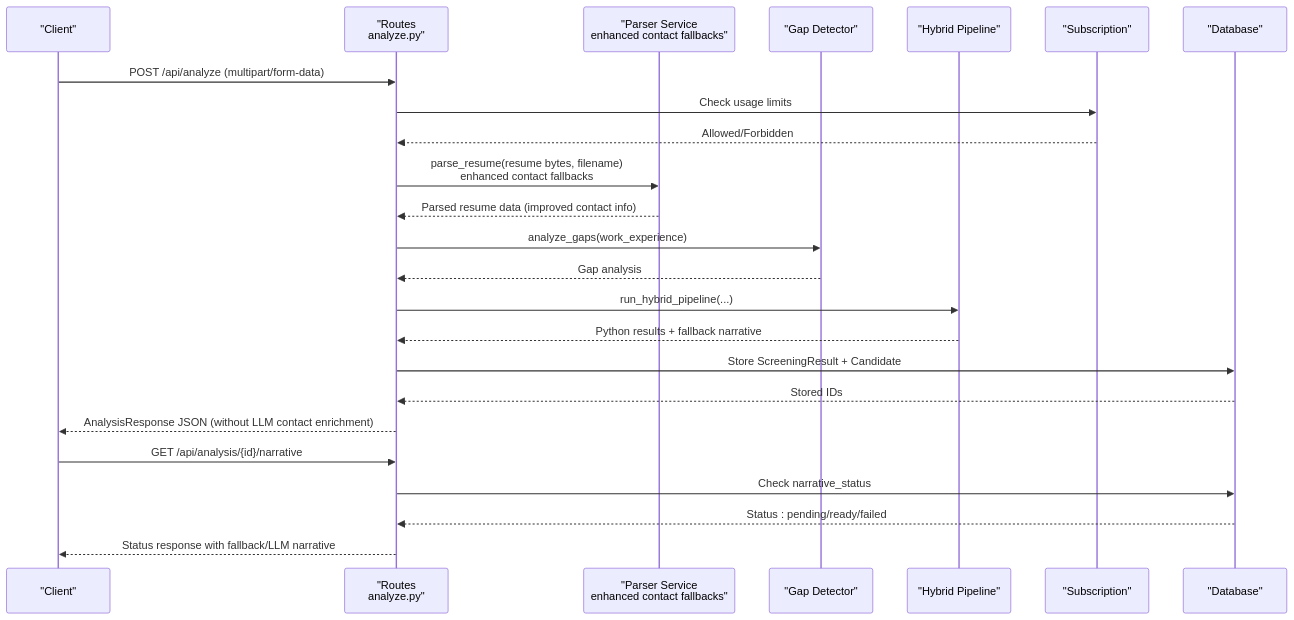
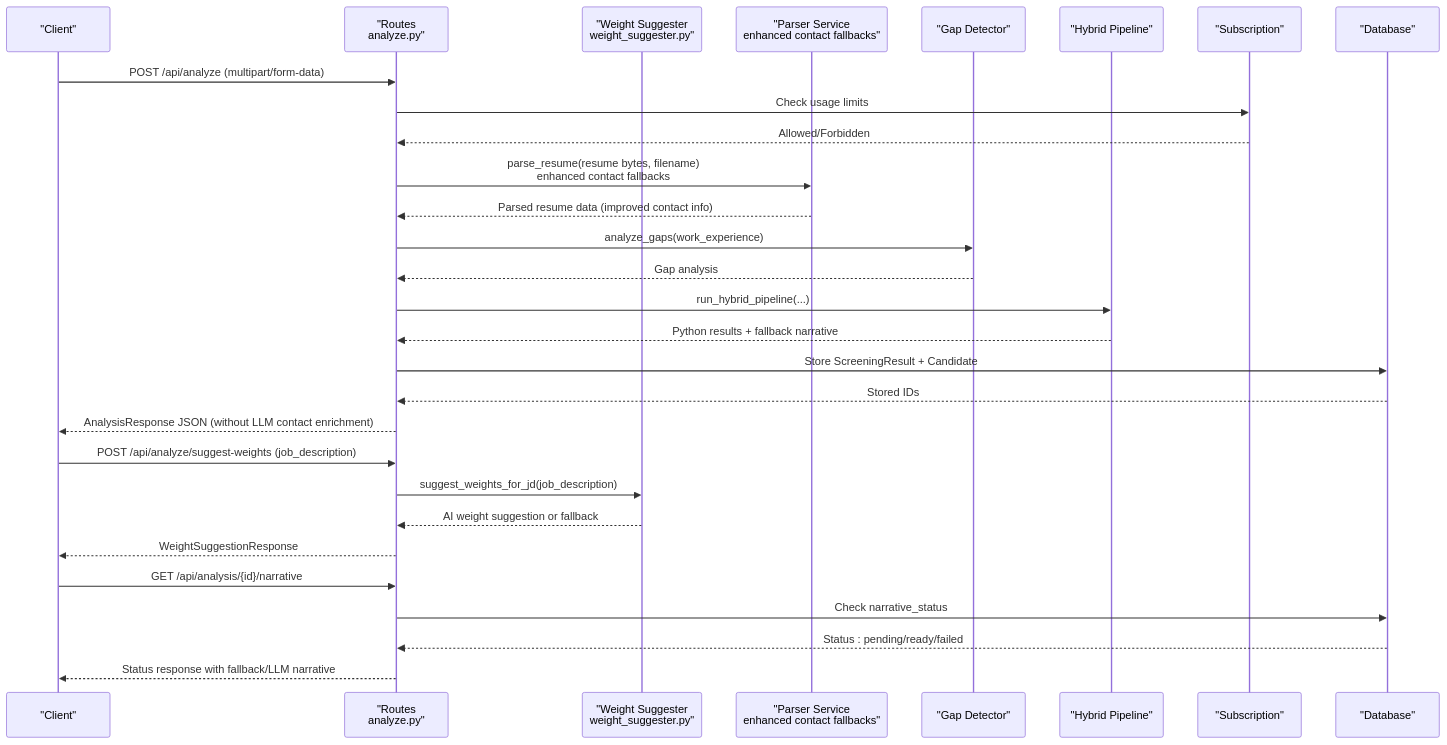
The second of 3 diagrams in .qoder/repowiki/en/content/API Reference/Analysis Endpoints/Analysis Endpoints.md (Revanththetalogics/aireume), drawn with Mermaid before and after one commit. The commit also changed other lines of this file and 2 other files, not shown here.

````diff
--- a/.qoder/repowiki/en/content/API Reference/Analysis Endpoints/Analysis Endpoints.md
+++ b/.qoder/repowiki/en/content/API Reference/Analysis Endpoints/Analysis Endpoints.md
@@ -115,26 +129,31 @@
 ```mermaid
 sequenceDiagram
 participant C as "Client"
 participant R as "Routes<br/>analyze.py"
+participant WS as "Weight Suggester<br/>weight_suggester.py"
 participant P as "Parser Service<br/>enhanced contact fallbacks"
 participant G as "Gap Detector"
 participant H as "Hybrid Pipeline"
 participant S as "Subscription"
 participant D as "Database"
 C->>R : POST /api/analyze (multipart/form-data)
 R->>S : Check usage limits
 S-->>R : Allowed/Forbidden
 R->>P : parse_resume(resume bytes, filename)<br/>enhanced contact fallbacks
 P-->>R : Parsed resume data (improved contact info)
 R->>G : analyze_gaps(work_experience)
 G-->>R : Gap analysis
 R->>H : run_hybrid_pipeline(...)
 H-->>R : Python results + fallback narrative
 R->>D : Store ScreeningResult + Candidate
 D-->>R : Stored IDs
 R-->>C : AnalysisResponse JSON (without LLM contact enrichment)
+C->>R : POST /api/analyze/suggest-weights (job_description)
+R->>WS : suggest_weights_for_jd(job_description)
+WS-->>R : AI weight suggestion or fallback
+R-->>C : WeightSuggestionResponse
 C->>R : GET /api/analysis/{id}/narrative
 R->>D : Check narrative_status
 D-->>R : Status : pending/ready/failed
 R-->>C : Status response with fallback/LLM narrative
 ```
````
